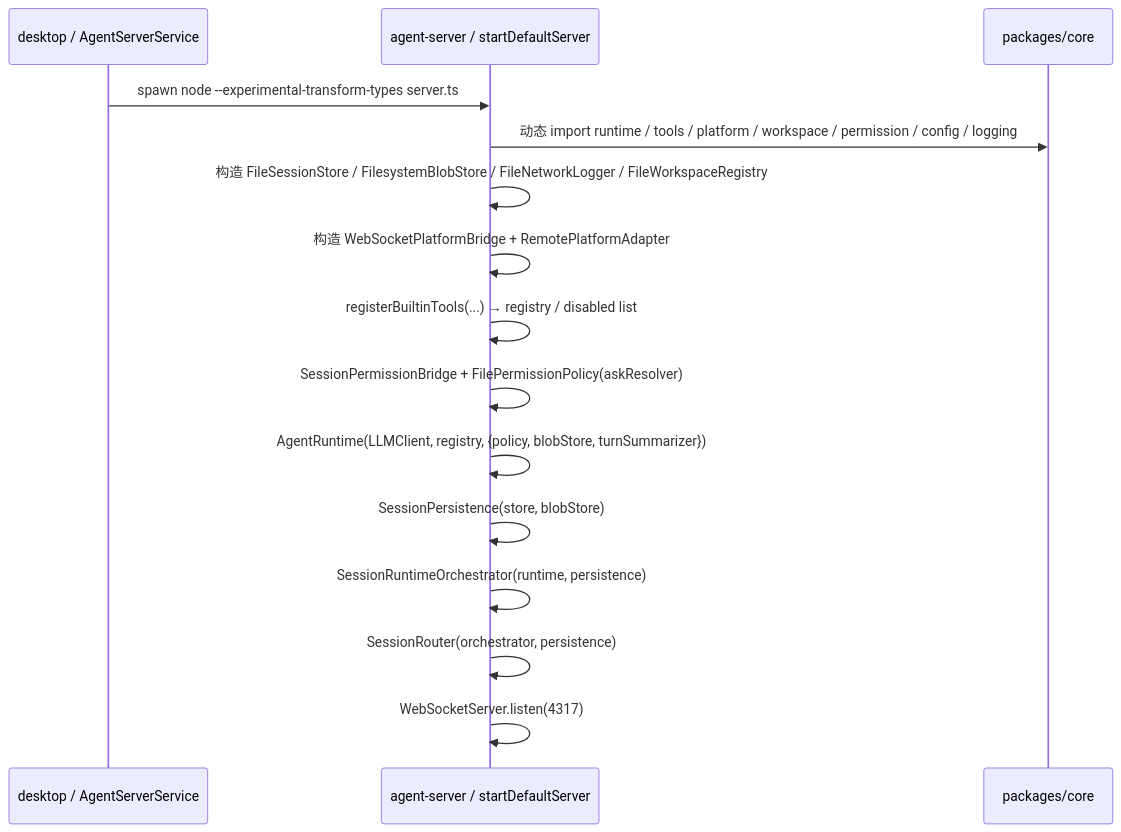
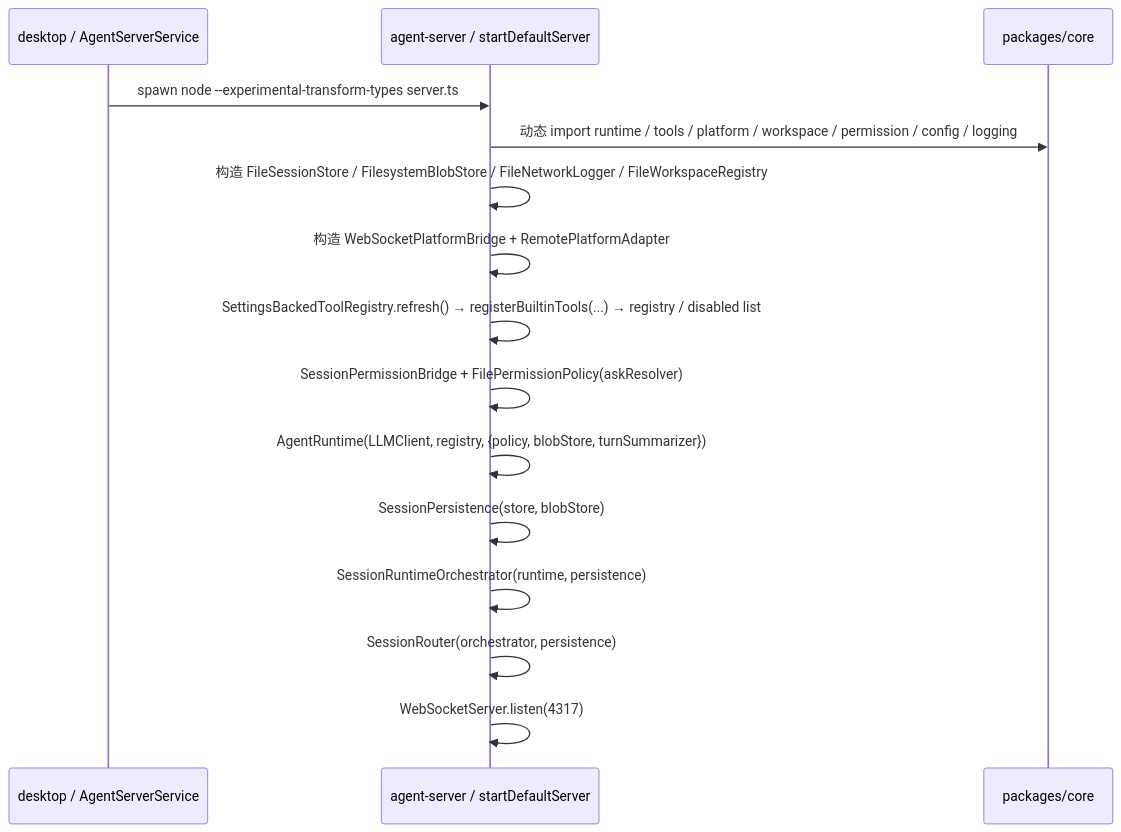
The diagram in apps/agent-server/agent-server.md (Lixuhang987/SpotAgent), drawn with Mermaid before and after one commit. The commit also changed other lines of this file and 27 other files, not shown here.

Commit message:
feat: add tool settings hot reload

````diff
--- a/apps/agent-server/agent-server.md
+++ b/apps/agent-server/agent-server.md
@@ -26,18 +27,18 @@
 ```mermaid
 sequenceDiagram
   participant Desktop as desktop / AgentServerService
   participant Server as agent-server / startDefaultServer
   participant Core as packages/core
 
   Desktop->>Server: spawn node --experimental-transform-types server.ts
   Server->>Core: 动态 import runtime / tools / platform / workspace / permission / config / logging
   Server->>Server: 构造 FileSessionStore / FilesystemBlobStore / FileNetworkLogger / FileWorkspaceRegistry
   Server->>Server: 构造 WebSocketPlatformBridge + RemotePlatformAdapter
-  Server->>Server: registerBuiltinTools(...) → registry / disabled list
+  Server->>Server: SettingsBackedToolRegistry.refresh() → registerBuiltinTools(...) → registry / disabled list
   Server->>Server: SessionPermissionBridge + FilePermissionPolicy(askResolver)
   Server->>Server: AgentRuntime(LLMClient, registry, {policy, blobStore, turnSummarizer})
   Server->>Server: SessionPersistence(store, blobStore)
   Server->>Server: SessionRuntimeOrchestrator(runtime, persistence)
   Server->>Server: SessionRouter(orchestrator, persistence)
   Server->>Server: WebSocketServer.listen(4317)
 ```
````
